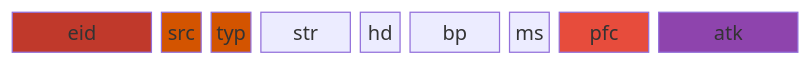
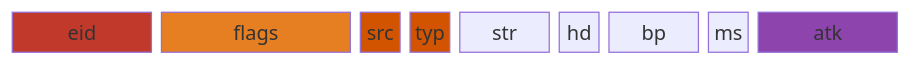
Diagram 14 of 16 in docs/protocol-frames.md (hordeforge/7dtd-engine-research), drawn with Mermaid before and after one commit. The commit also changed other lines of this file and 99 other files, not shown here.

````diff
--- a/docs/protocol-frames.md
+++ b/docs/protocol-frames.md
@@ -535,18 +553,18 @@
 ```mermaid
 block-beta
   columns 16
   e["eid"]:3
+  fl["flags"]:4
   s["src"]:1
   t["typ"]:1
   st["str"]:2
   hd["hd"]:1
   bp["bp"]:2
   ms["ms"]:1
-  b["pfc"]:2
   a["atk"]:3
   style e fill:#c0392b,color:#fff
+  style fl fill:#e67e22,color:#fff
   style s fill:#d35400,color:#fff
   style t fill:#d35400,color:#fff
-  style b fill:#e74c3c,color:#fff
   style a fill:#8e44ad,color:#fff
 ```
````
